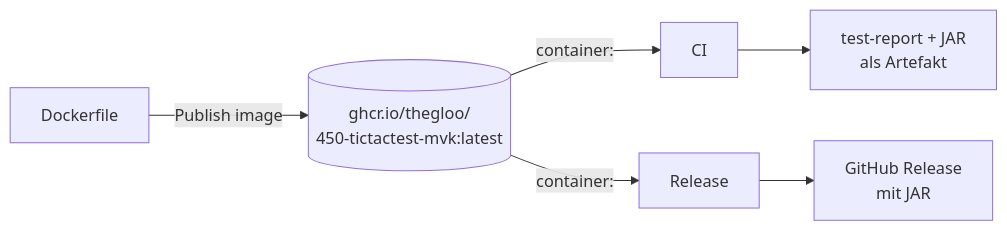
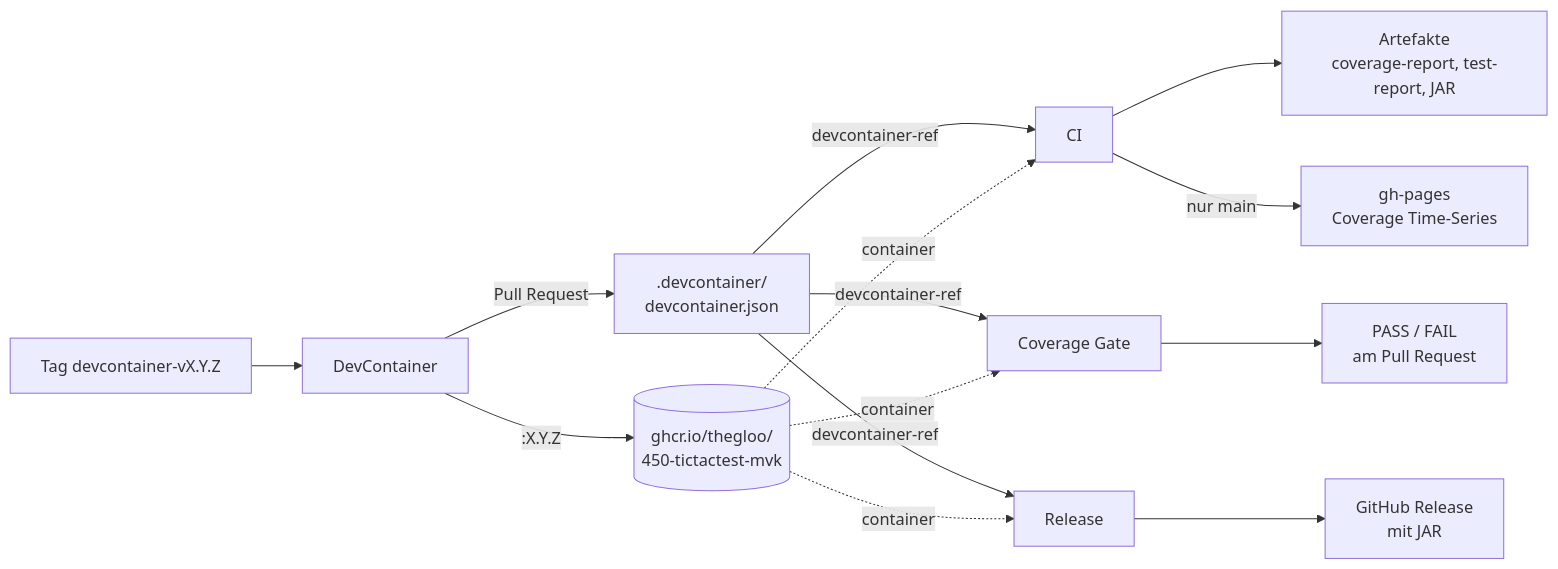
One commit to TheGloo/450-tictactest-mvk changed the diagram in docs/PIPELINES.md. Above: the diagram before and after it, drawn with Mermaid. The commit also changed other lines of this file and 4 other files, not shown here.

Commit message:
docs: document coverage, devcontainer process and updated pipelines

````diff
--- a/docs/PIPELINES.md
+++ b/docs/PIPELINES.md
@@ -19,8 +21,14 @@
 ```mermaid
 flowchart LR
-    D[Dockerfile] -->|Publish image| G[("ghcr.io/thegloo/<br/>450-tictactest-mvk:latest")]
-    G -->|container:| CI[CI]
-    G -->|container:| R[Release]
-    CI --> A1[test-report + JAR<br/>als Artefakt]
+    T[Tag devcontainer-vX.Y.Z] --> DC[DevContainer]
+    DC -->|":X.Y.Z"| G[("ghcr.io/thegloo/<br/>450-tictactest-mvk")]
+    DC -->|Pull Request| J[".devcontainer/<br/>devcontainer.json"]
+    J -->|devcontainer-ref| CI[CI]
+    J -->|devcontainer-ref| CG[Coverage Gate]
+    J -->|devcontainer-ref| R[Release]
+    G -.->|container| CI & CG & R
+    CI --> A1[Artefakte<br/>coverage-report, test-report, JAR]
+    CI -->|nur main| P[gh-pages<br/>Coverage Time-Series]
+    CG --> PF[PASS / FAIL<br/>am Pull Request]
     R --> A2[GitHub Release<br/>mit JAR]
 ```
````
